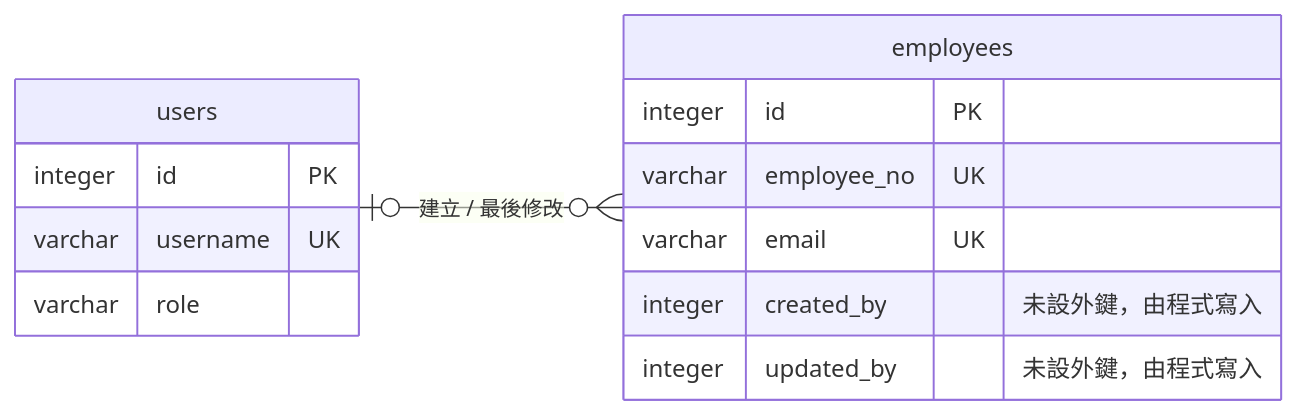
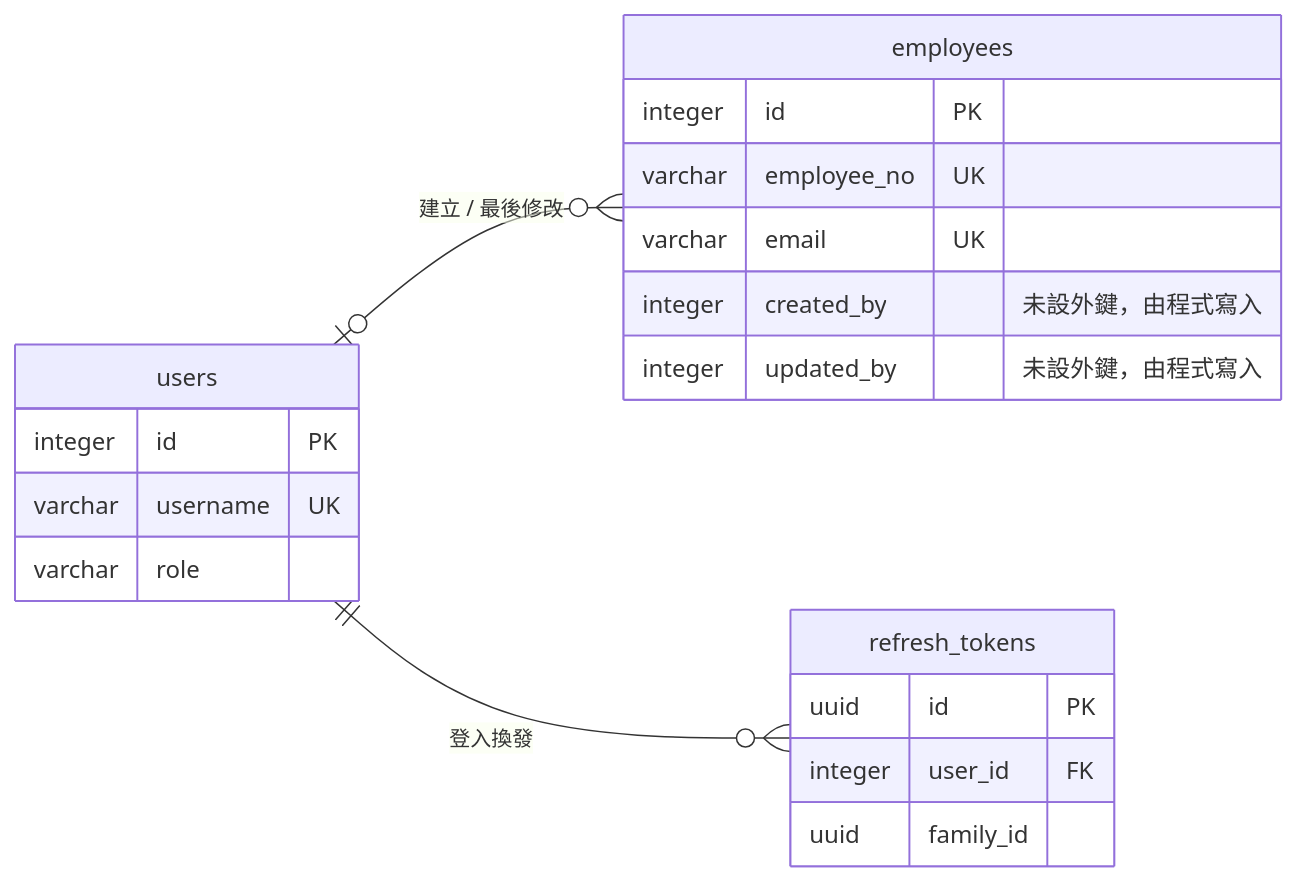
The diagram in docs/architecture.md (Chiapei-Chen/employeeManagement), drawn with Mermaid before and after one commit. The commit also changed other lines of this file and 12 other files, not shown here.

````diff
--- a/docs/architecture.md
+++ b/docs/architecture.md
@@ -51,19 +52,26 @@
 ```mermaid
 erDiagram
     direction LR
     users |o--o{ employees : "建立 / 最後修改"
+    users ||--o{ refresh_tokens : "登入換發"
 
     users {
         integer id PK
         varchar username UK
         varchar role
     }
 
     employees {
         integer id PK
         varchar employee_no UK
         varchar email UK
         integer created_by "未設外鍵，由程式寫入"
         integer updated_by "未設外鍵，由程式寫入"
     }
+
+    refresh_tokens {
+        uuid id PK
+        integer user_id FK
+        uuid family_id
+    }
 ```
````
